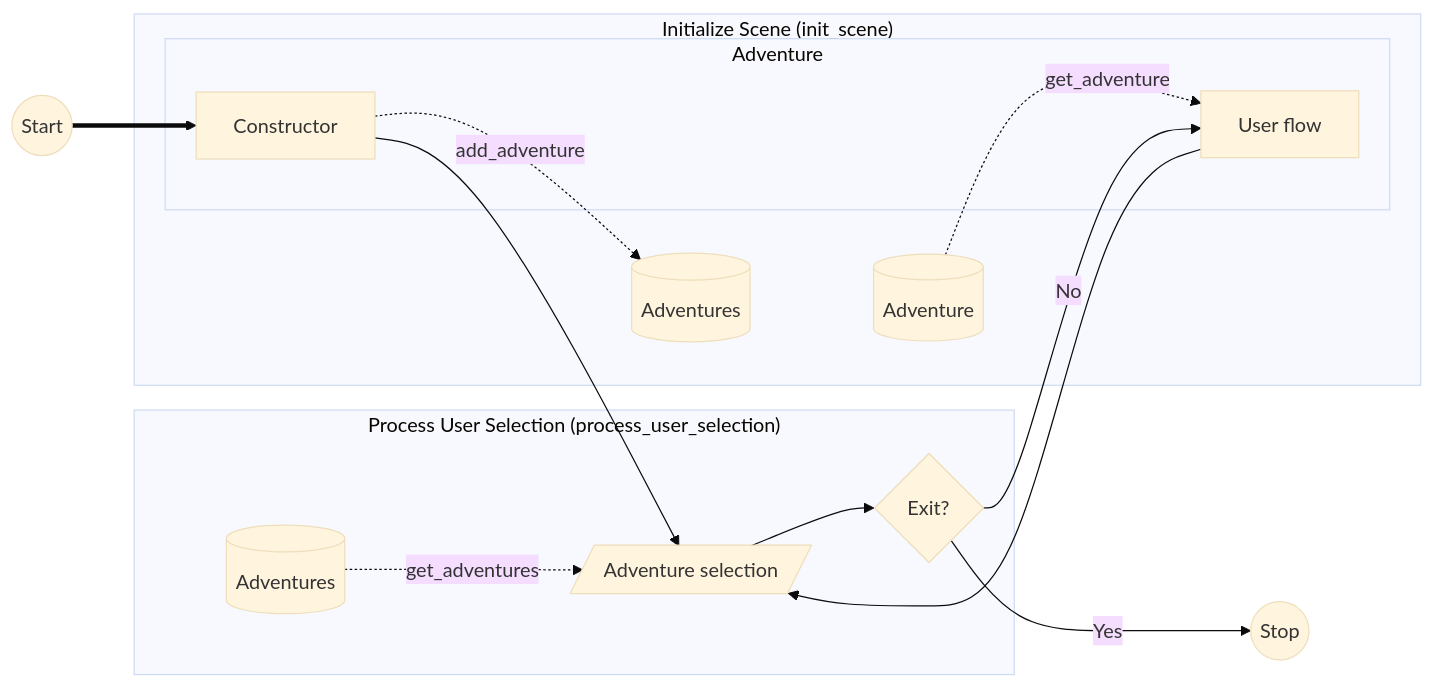
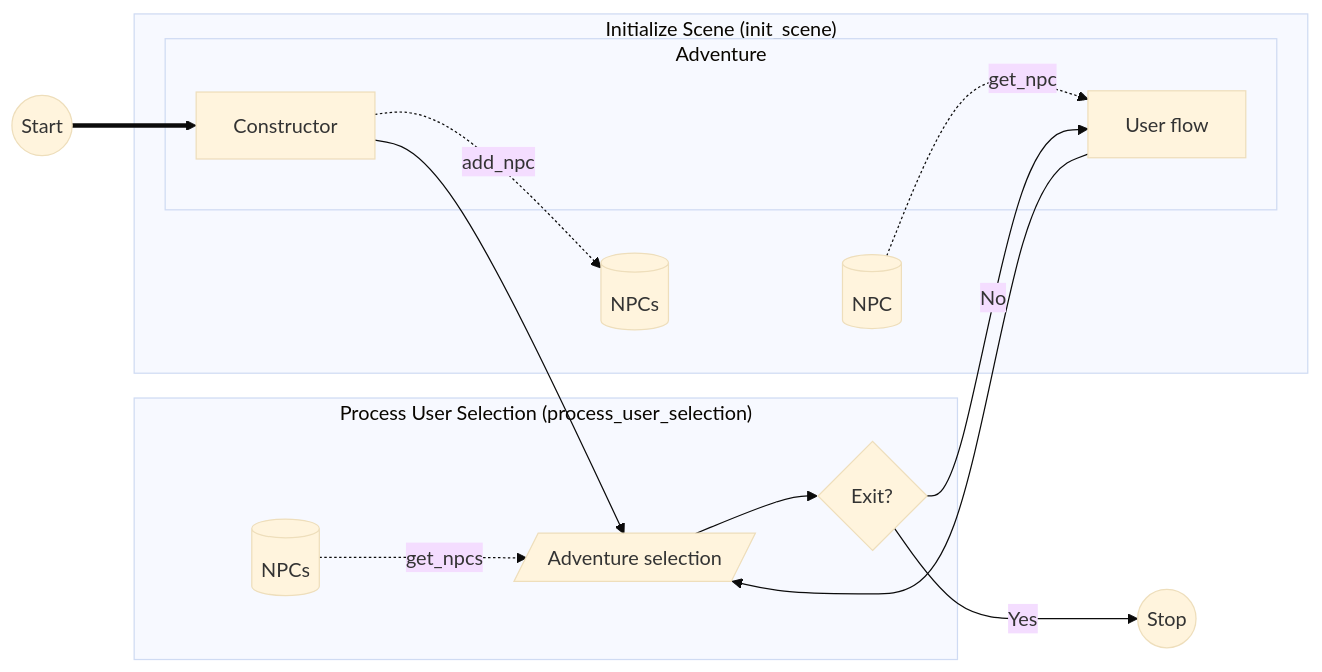
One commit to LioQing/verbose-adventure changed the first of 3 diagrams in README.md. Above: the diagram before and after it, drawn with Mermaid (base theme). The commit also changed other lines of this file and 10 other files, not shown here.

````diff
--- a/README.md
+++ b/README.md
@@ -9,31 +11,31 @@
 ```mermaid
 flowchart LR
     start((Start))
     stop((Stop))
 
     subgraph "Process User Selection (process_user_selection)"
-        adventuresDB1[(Adventures)]
+        adventuresDB1[(NPCs)]
         selection[/Adventure selection/]
         exitQ{Exit?}
     end
 
     subgraph "Initialize Scene (init_scene)"
         subgraph "Adventure"
             userflow[User flow]
             construct[Constructor]
         end
-    adventuresDB[(Adventures)]
-    adventureDB[(Adventure)]
+    adventuresDB[(NPCs)]
+    adventureDB[(NPC)]
     end
 
     start ==> construct
-    construct -.add_adventure.-> adventuresDB
-    adventuresDB1 -.get_adventures.-> selection
+    construct -.add_npc.-> adventuresDB
+    adventuresDB1 -.get_npcs.-> selection
     construct --> selection
     selection --> exitQ
 
     exitQ -- Yes --> stop
-    adventureDB -.get_adventure.-> userflow
+    adventureDB -.get_npc.-> userflow
     exitQ -- No --> userflow
     userflow --> selection
 ```
````
